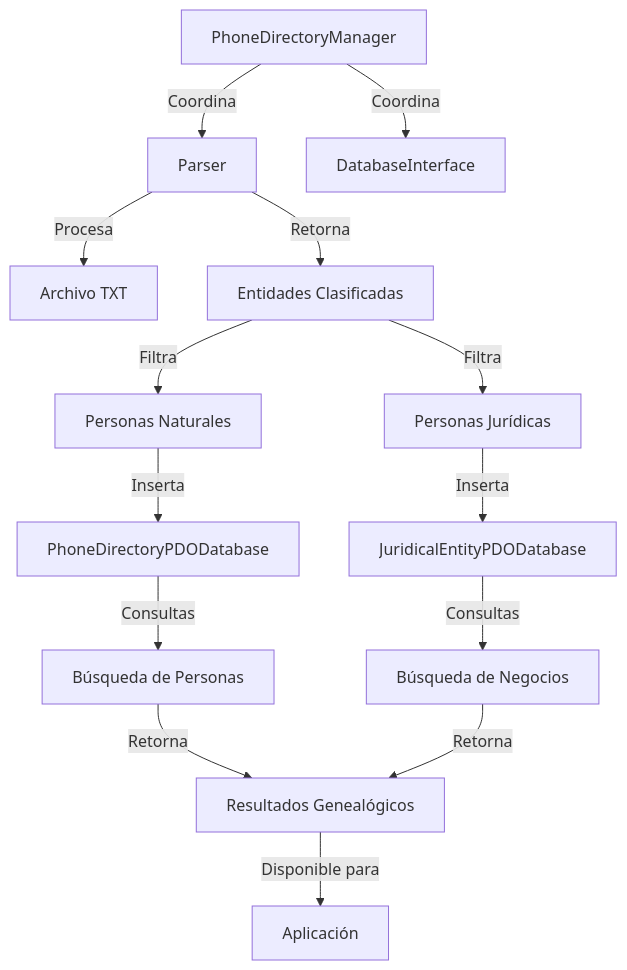
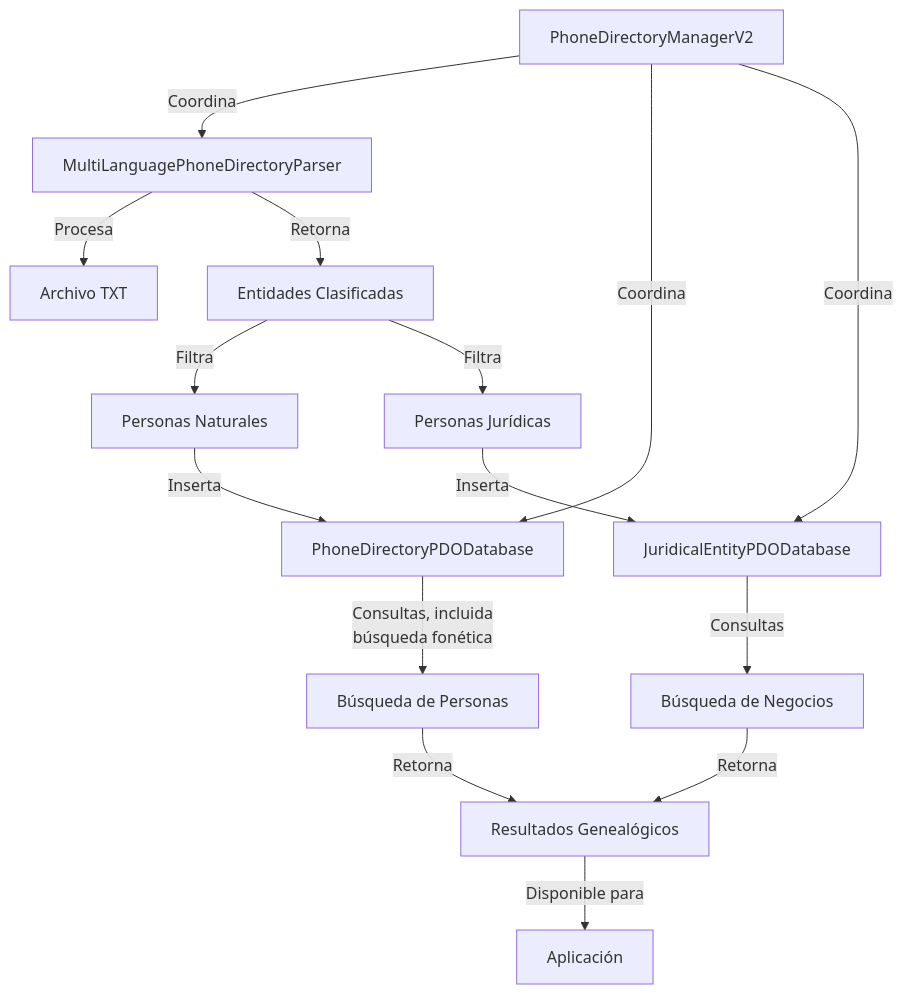
The ninth of 11 diagrams in src/PhoneDirectory/ARCHITECTURE.md (lol-protocol/php), drawn with Mermaid before and after one commit. The commit also changed other lines of this file and 7 other files, not shown here.

````diff
--- a/src/PhoneDirectory/ARCHITECTURE.md
+++ b/src/PhoneDirectory/ARCHITECTURE.md
@@ -268,22 +374,23 @@
 ```mermaid
 graph TD
-    A[PhoneDirectoryManager] -->|Coordina| B[Parser]
-    A -->|Coordina| C[DatabaseInterface]
-    
-    B -->|Procesa| D[Archivo TXT]
-    B -->|Retorna| E[Entidades Clasificadas]
-    
-    E -->|Filtra| F[Personas Naturales]
-    E -->|Filtra| G[Personas Jurídicas]
-    
-    F -->|Inserta| H[PhoneDirectoryPDODatabase]
-    G -->|Inserta| I[JuridicalEntityPDODatabase]
-    
-    H -->|Consultas| J[Búsqueda de Personas]
-    I -->|Consultas| K[Búsqueda de Negocios]
-    
-    J -->|Retorna| L[Resultados Genealógicos]
-    K -->|Retorna| L
-    
-    L -->|Disponible para| M[Aplicación]
+    A[PhoneDirectoryManagerV2] -->|Coordina| B[MultiLanguagePhoneDirectoryParser]
+    A -->|Coordina| C[PhoneDirectoryPDODatabase]
+    A -->|Coordina| D[JuridicalEntityPDODatabase]
+
+    B -->|Procesa| E[Archivo TXT]
+    B -->|Retorna| F[Entidades Clasificadas]
+
+    F -->|Filtra| G[Personas Naturales]
+    F -->|Filtra| H[Personas Jurídicas]
+
+    G -->|Inserta| C
+    H -->|Inserta| D
+
+    C -->|Consultas, incluida<br/>búsqueda fonética| I[Búsqueda de Personas]
+    D -->|Consultas| J[Búsqueda de Negocios]
+
+    I -->|Retorna| K[Resultados Genealógicos]
+    J -->|Retorna| K
+
+    K -->|Disponible para| L[Aplicación]
 ```
````
